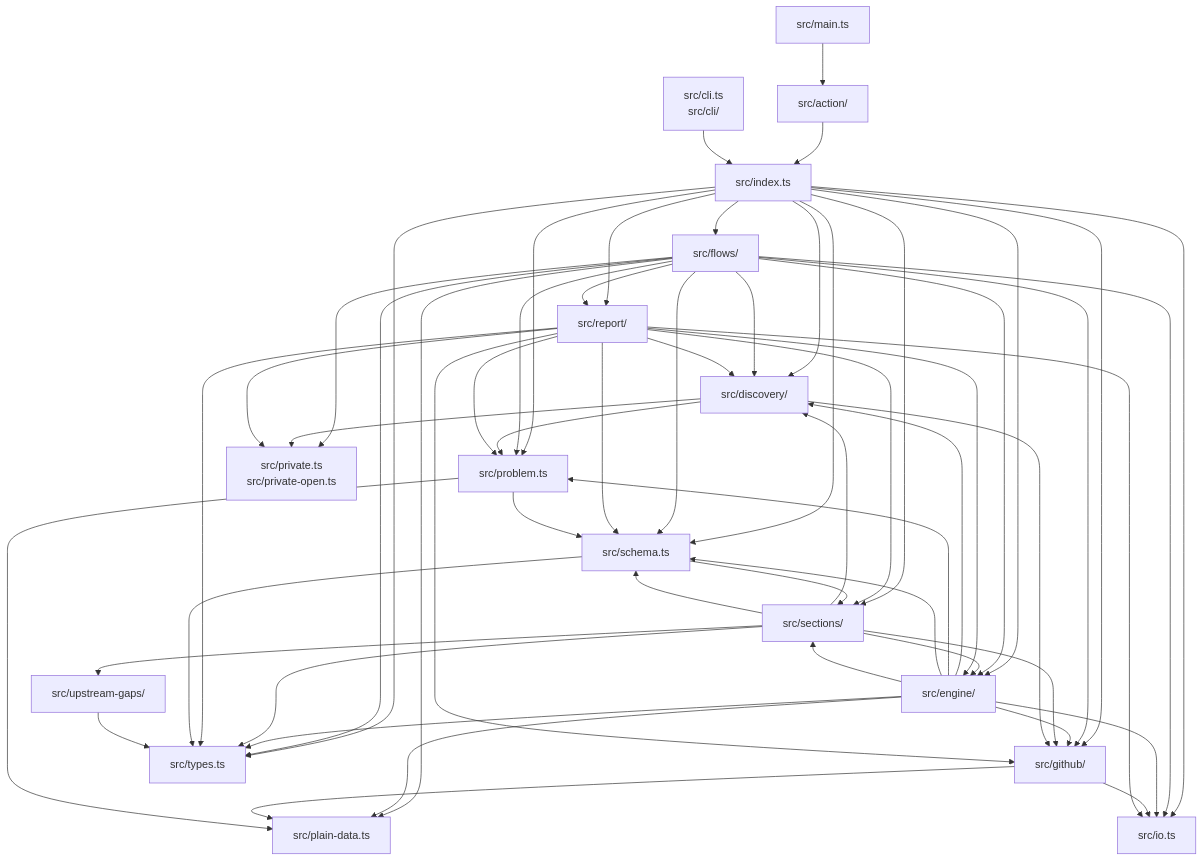
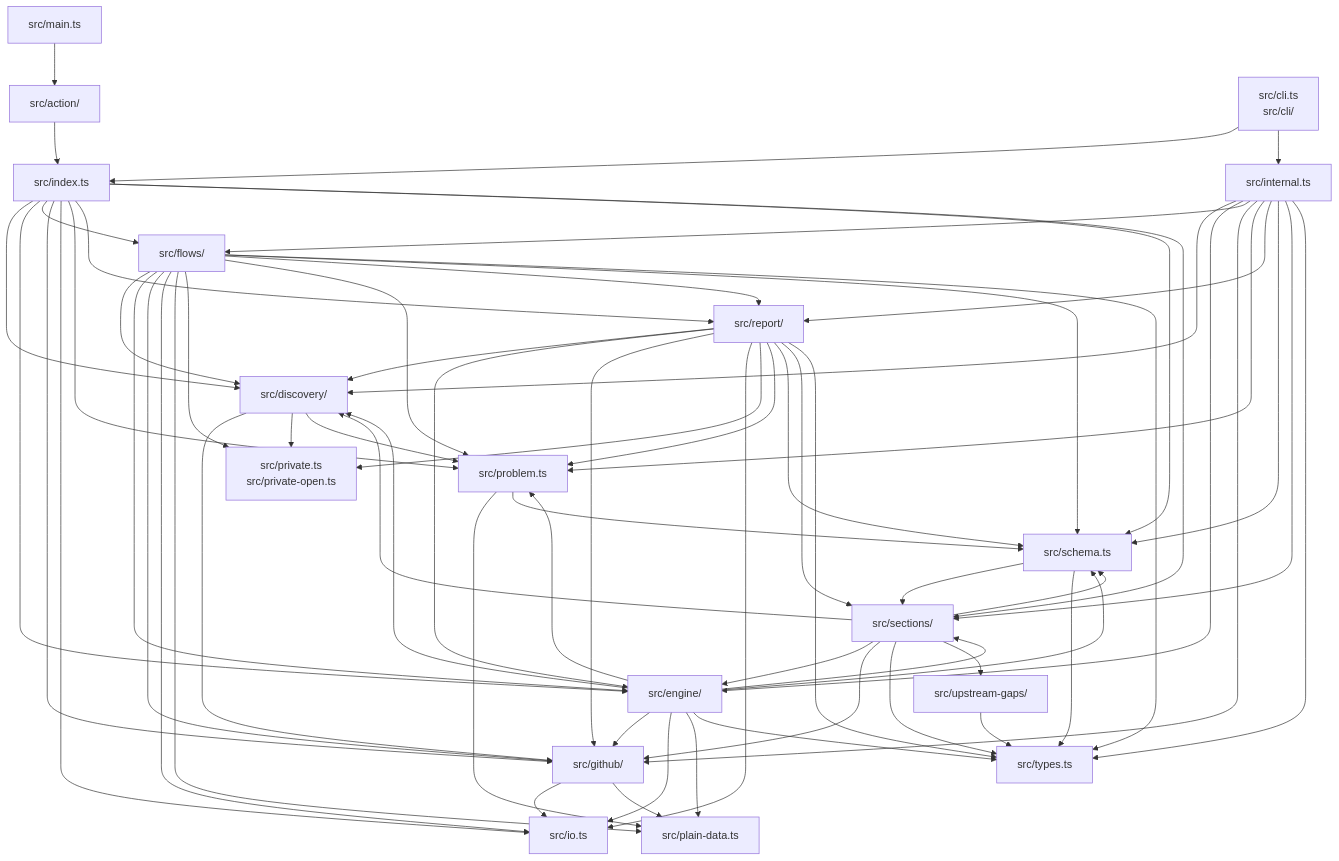
The eighth of 8 diagrams in docs/reference/architecture.md (Vivswan/github-settings-as-code), drawn with Mermaid before and after one commit. The commit also changed other lines of this file and 70 other files, not shown here.

Commit message:
refactor(library)!: a documented public entry and an internal one; one naming family per layer (#205)

```diff
--- a/docs/reference/architecture.md
+++ b/docs/reference/architecture.md
@@ -232,6 +232,7 @@
   action["src/action/"]
   cli["src/cli.ts<br>src/cli/"]
   library["src/index.ts"]
+  internal["src/internal.ts"]
   flows["src/flows/"]
   engine["src/engine/"]
   sections["src/sections/"]
@@ -248,6 +249,7 @@
   main --> action
   action --> library
   cli --> library
+  cli --> internal
   library --> discovery
   library --> engine
   library --> flows
@@ -257,7 +259,15 @@
   library --> report
   library --> schema
   library --> sections
-  library --> types
+  internal --> discovery
+  internal --> engine
+  internal --> flows
+  internal --> github
+  internal --> problem
+  internal --> report
+  internal --> schema
+  internal --> sections
+  internal --> types
   flows --> discovery
   flows --> engine
   flows --> github
```
